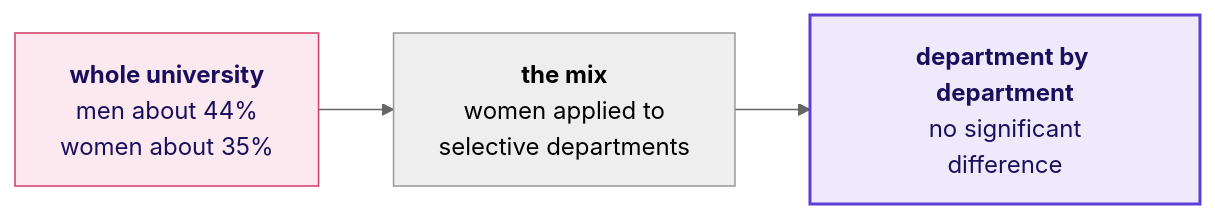
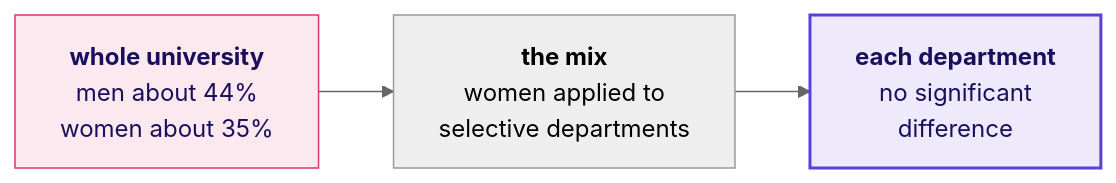
Diagram 19 of 26 in content/W01/D2/slides/C2_W01_D02_half1_STUDENT.md (fde-academy-lab/c2-content-factory), drawn with Mermaid (neutral theme) before and after one commit. The commit also changed other lines of this file and 31 other files, not shown here.

````diff
--- a/content/W01/D2/slides/C2_W01_D02_half1_STUDENT.md
+++ b/content/W01/D2/slides/C2_W01_D02_half1_STUDENT.md
@@ -907,9 +907,9 @@
 ```mermaid
 flowchart LR
     U["<b>whole university</b><br/>men about 44%<br/>women about 35%"] --> M["<b>the mix</b><br/>women applied to<br/>selective departments"]
-    M --> D["<b>department by department</b><br/>no significant<br/>difference"]
+    M --> D["<b>each department</b><br/>no significant<br/>difference"]
     classDef bad fill:#FBE9EF,stroke:#D63A6A,color:#1A0F5C
     classDef known fill:#EEEAFB,stroke:#5B3FD6,color:#1A0F5C,stroke-width:2px
     class U bad
     class D known
 ```
````
